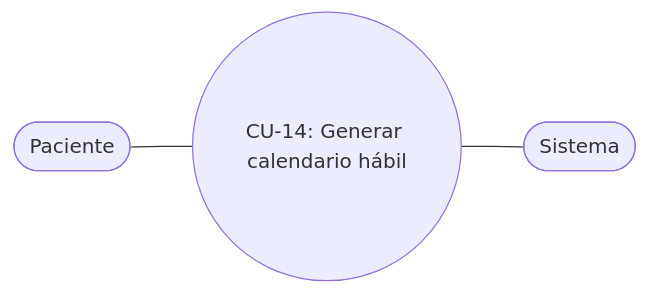
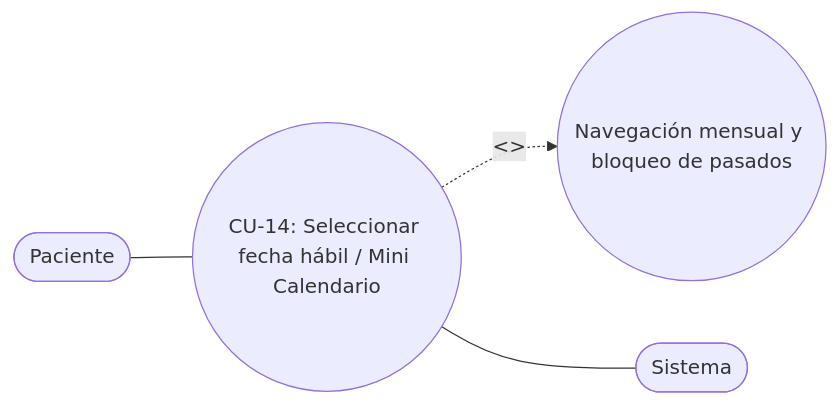
Diagram 14 of 27 in docs/SRS_MediTurno.md (JFBR9090/MediTurno), drawn with Mermaid before and after one commit. The commit also changed other lines of this file, not shown here.

Commit message:
docs(srs): incorporar modo oscuro universal y mini calendario interactivo con justificacion integral (v1.3.0)

````diff
--- a/docs/SRS_MediTurno.md
+++ b/docs/SRS_MediTurno.md
@@ -549,5 +575,6 @@
 ```mermaid
 flowchart LR
-  P([Paciente]) --- CU14((CU-14: Generar calendario hábil))
+  P([Paciente]) --- CU14((CU-14: Seleccionar fecha hábil / Mini Calendario))
+  CU14 -. "<<extend>>" .-> CAL((Navegación mensual y bloqueo de pasados))
   CU14 --- S([Sistema])
 ```
````
